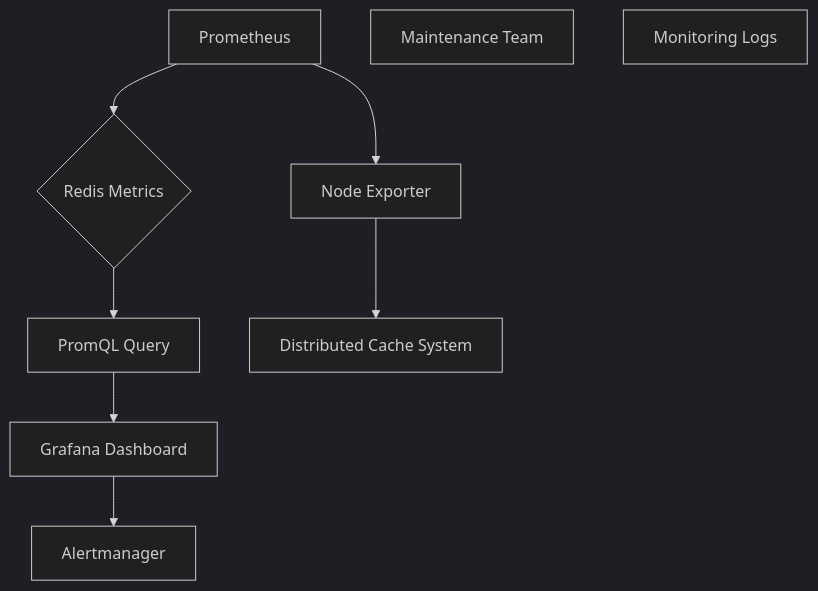
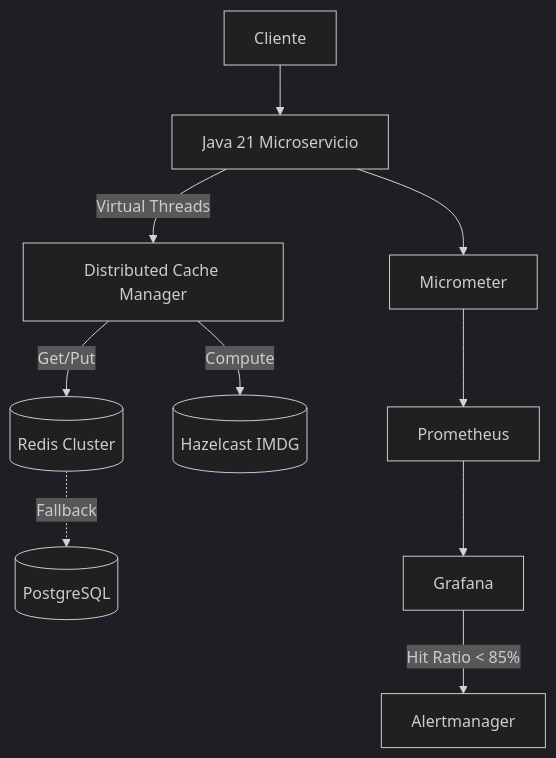
One commit to Joaquinriosheredia/DAM-Java-Mastery changed the seventh of 7 diagrams in _Review/distributed_caching_con_redis_hazelcast_e_ignite/distributed_caching_con_redis_hazelcast_e_ignite.md. Above: the diagram before and after it, drawn with Mermaid (dark theme). The commit also changed other lines of this file, not shown here.

Commit message:
Caché Distribuido con Redis, Hazelcast e Ignite en Java 21

````diff
--- a/_Review/distributed_caching_con_redis_hazelcast_e_ignite/distributed_caching_con_redis_hazelcast_e_ignite.md
+++ b/_Review/distributed_caching_con_redis_hazelcast_e_ignite/distributed_caching_con_redis_hazelcast_e_ignite.md
@@ -440,11 +515,13 @@
 ```mermaid
 graph TD
-    A[Prometheus] --> B{Redis Metrics};
-    B --> C[PromQL Query];
-    C --> D[Grafana Dashboard];
-    D --> E[Alertmanager];
-    F[Maintenance Team];
-    G[Monitoring Logs];
-    A --> H[Node Exporter];
-    H --> I[Distributed Cache System]
+    CLIENT[Cliente] --> APP[Java 21 Microservicio]
+    APP -->|Virtual Threads| CACHE[Distributed Cache Manager]
+    CACHE -->|Get/Put| REDIS[(Redis Cluster)]
+    CACHE -->|Compute| HAZELCAST[(Hazelcast IMDG)]
+    REDIS -.->|Fallback| DB[(PostgreSQL)]
+    
+    APP --> MET[Micrometer]
+    MET --> PROM[Prometheus]
+    PROM --> GRAF[Grafana]
+    GRAF -->|Hit Ratio < 85%| ALERT[Alertmanager]
 ```
````
